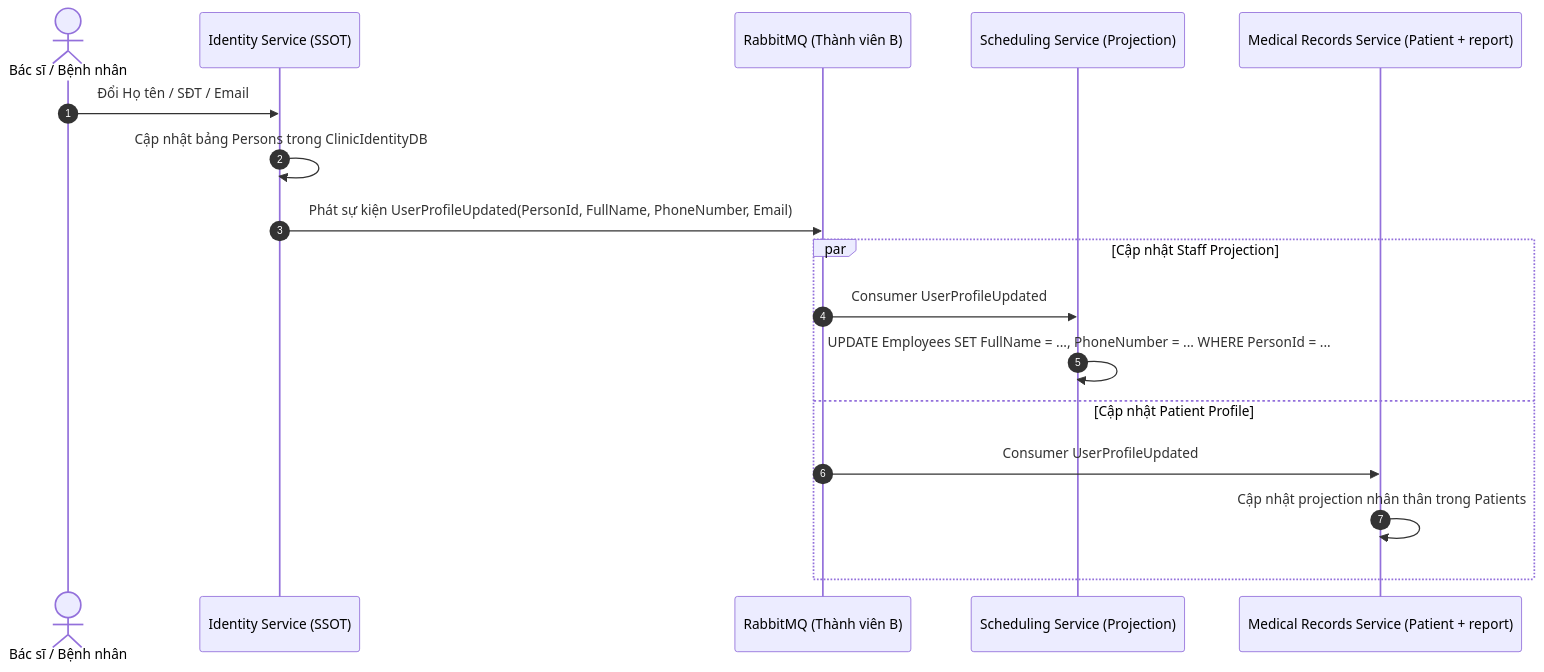
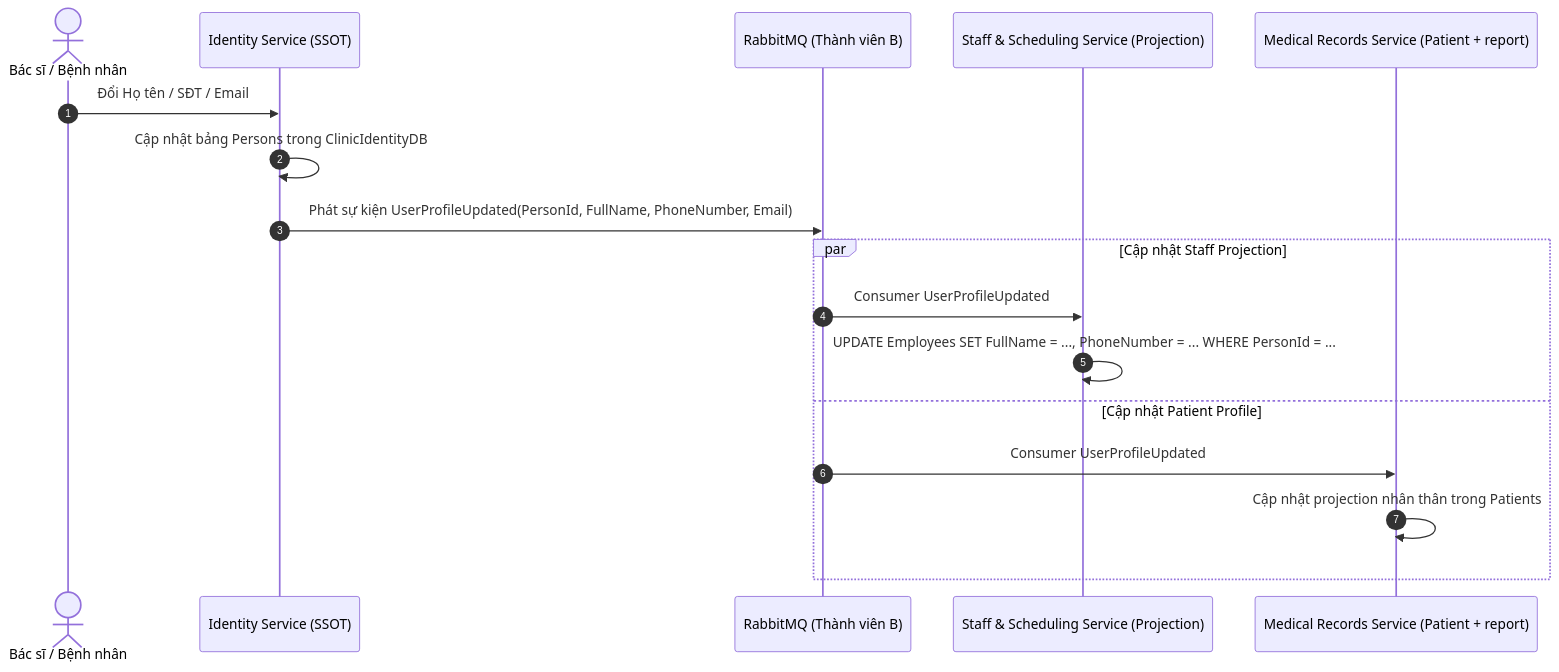
Before and after one commit to Cuong190105/Clinic_Appointment_Booking_Queue_Management_System: the sixth of 6 diagrams in tasks/PHASE_2_STAFF_SCHEDULING_EXECUTION_PLAN_MEMBER_A.md, drawn with Mermaid. The commit also changed other lines of this file and 312 other files, not shown here.

````diff
--- a/tasks/PHASE_2_STAFF_SCHEDULING_EXECUTION_PLAN_MEMBER_A.md
+++ b/tasks/PHASE_2_STAFF_SCHEDULING_EXECUTION_PLAN_MEMBER_A.md
@@ -328,21 +328,21 @@
 ```mermaid
 sequenceDiagram
     autonumber
     actor User as Bác sĩ / Bệnh nhân
     participant Identity as Identity Service (SSOT)
     participant Broker as RabbitMQ (Thành viên B)
-    participant Scheduling as Scheduling Service (Projection)
+    participant Scheduling as Staff & Scheduling Service (Projection)
     participant Medical as Medical Records Service (Patient + report)
 
     User->>Identity: Đổi Họ tên / SĐT / Email
     Identity->>Identity: Cập nhật bảng Persons trong ClinicIdentityDB
     Identity->>Broker: Phát sự kiện UserProfileUpdated(PersonId, FullName, PhoneNumber, Email)
 
     par Cập nhật Staff Projection
         Broker->>Scheduling: Consumer UserProfileUpdated
         Scheduling->>Scheduling: UPDATE Employees SET FullName = ..., PhoneNumber = ... WHERE PersonId = ...
     and Cập nhật Patient Profile
         Broker->>Medical: Consumer UserProfileUpdated
         Medical->>Medical: Cập nhật projection nhân thân trong Patients
     end
 ```
````
